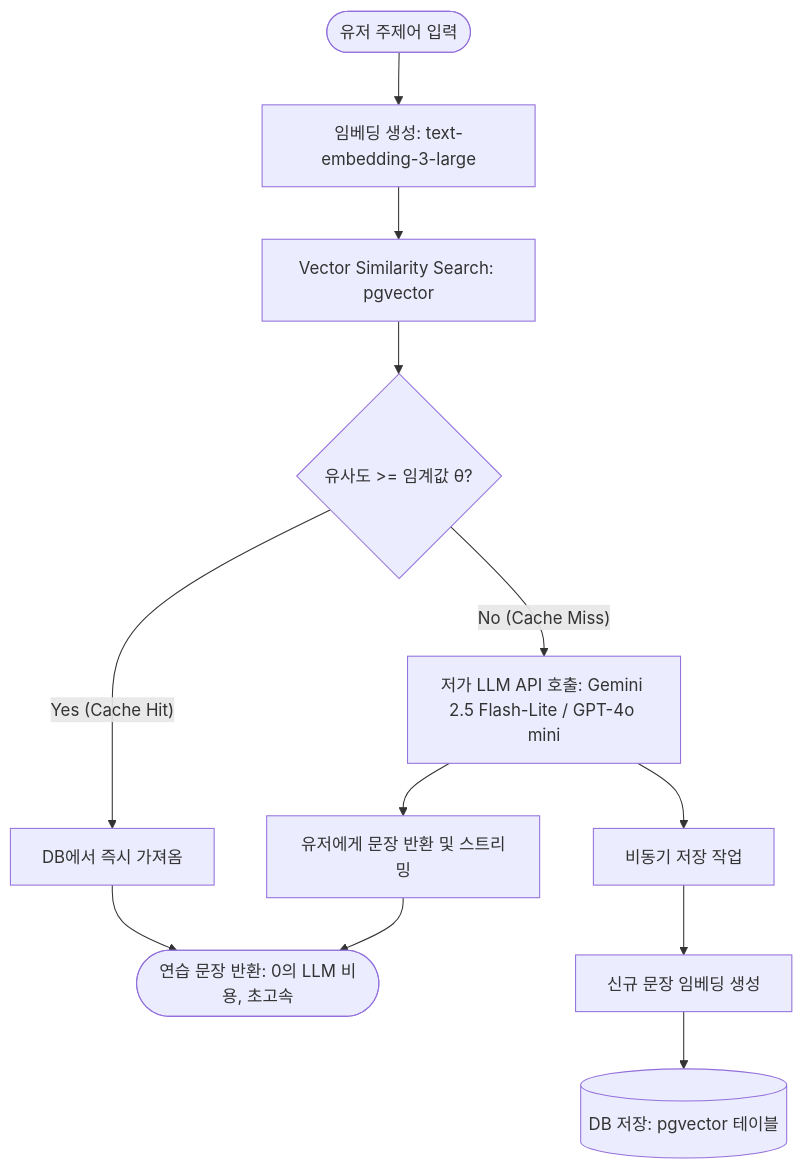
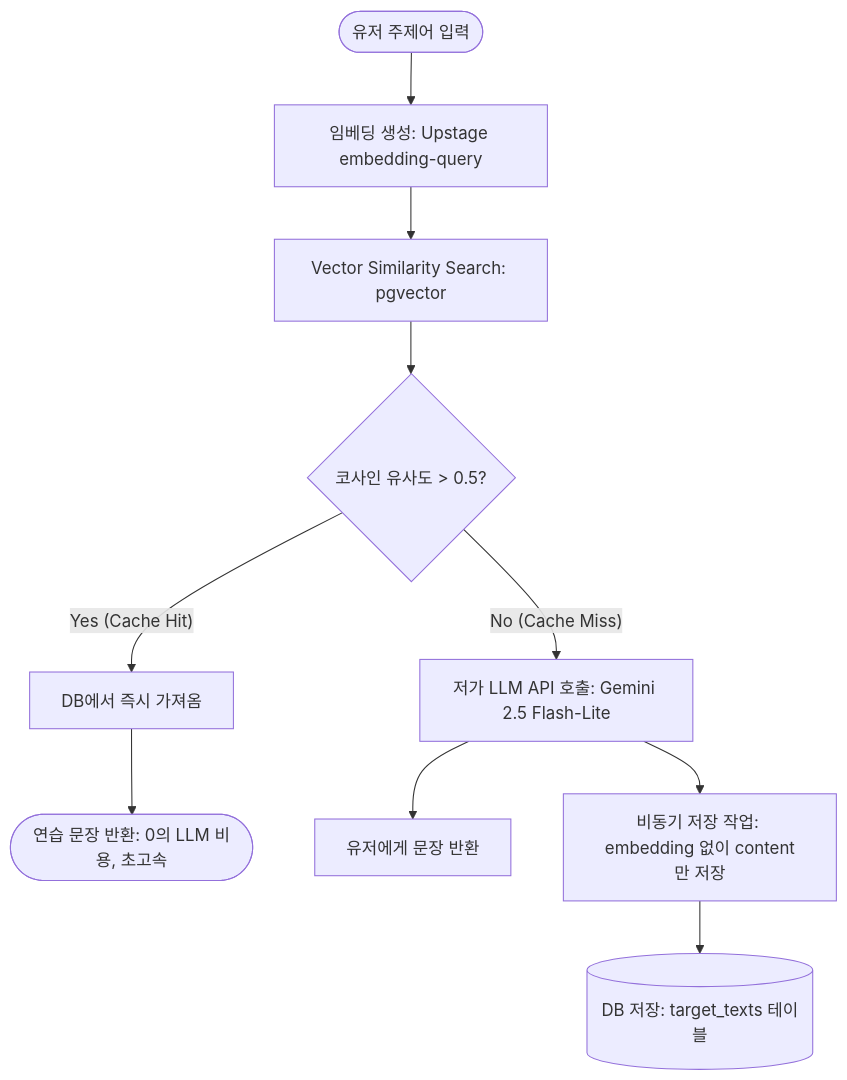
One commit to JSkutor/typediag changed the diagram in docs/TYPING_MODES.md. Above: the diagram before and after it, drawn with Mermaid. The commit also changed other lines of this file and 13 other files, not shown here.

````diff
--- a/docs/TYPING_MODES.md
+++ b/docs/TYPING_MODES.md
@@ -86,17 +86,15 @@
 ```mermaid
 graph TD
-    UserInput([유저 주제어 입력]) --> Embedding[임베딩 생성: text-embedding-3-large]
+    UserInput([유저 주제어 입력]) --> Embedding[임베딩 생성: Upstage embedding-query]
     Embedding --> VectorSearch[Vector Similarity Search: pgvector]
     
-    VectorSearch --> MatchCheck{유사도 >= 임계값 θ?}
+    VectorSearch --> MatchCheck{코사인 유사도 > 0.5?}
     
     MatchCheck -- Yes (Cache Hit) --> DBReturn[DB에서 즉시 가져옴]
     DBReturn --> End([연습 문장 반환: 0의 LLM 비용, 초고속])
     
-    MatchCheck -- No (Cache Miss) --> LLMCall[저가 LLM API 호출: Gemini 2.5 Flash-Lite / GPT-4o mini]
-    LLMCall --> ReturnStream[유저에게 문장 반환 및 스트리밍]
-    LLMCall --> AsyncJob[비동기 저장 작업]
-    AsyncJob --> NewEmbedding[신규 문장 임베딩 생성]
-    NewEmbedding --> DBSave[(DB 저장: pgvector 테이블)]
-    ReturnStream --> End
+    MatchCheck -- No (Cache Miss) --> LLMCall[저가 LLM API 호출: Gemini 2.5 Flash-Lite]
+    LLMCall --> ReturnData[유저에게 문장 반환]
+    LLMCall --> AsyncJob[비동기 저장 작업: embedding 없이 content만 저장]
+    AsyncJob --> DBSave[(DB 저장: target_texts 테이블)]
 ```
````
